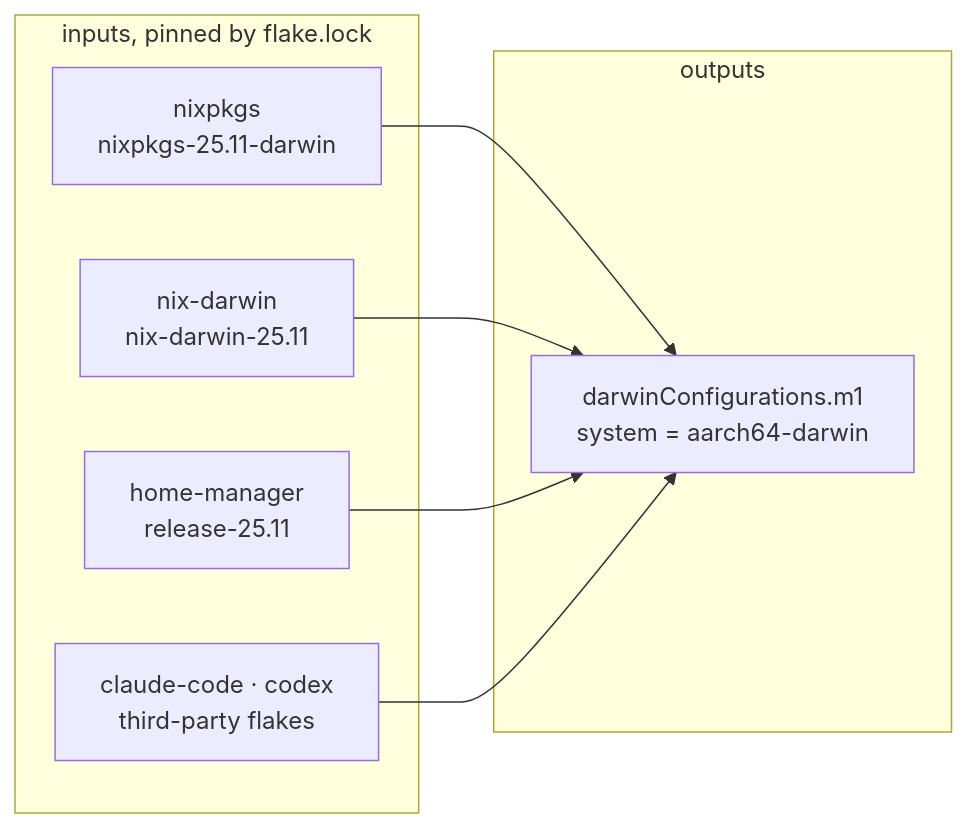
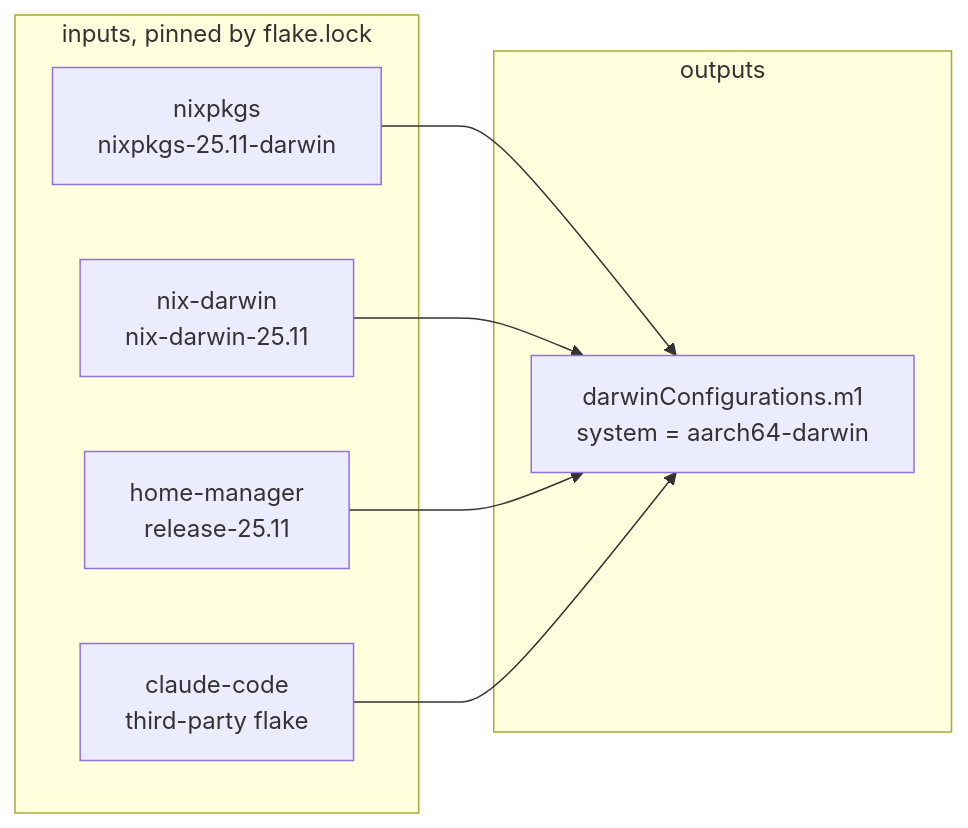
The third of 4 diagrams in docs/nix-primer.md (jarkenau/nix-config), drawn with Mermaid before and after one commit. The commit also changed other lines of this file and 3 other files, not shown here.

````diff
--- a/docs/nix-primer.md
+++ b/docs/nix-primer.md
@@ -182,16 +182,16 @@
 ```mermaid
 flowchart LR
   subgraph inp["inputs, pinned by flake.lock"]
     n["nixpkgs<br/>nixpkgs-25.11-darwin"]
     d["nix-darwin<br/>nix-darwin-25.11"]
     h["home-manager<br/>release-25.11"]
-    cc["claude-code · codex<br/>third-party flakes"]
+    cc["claude-code<br/>third-party flake"]
   end
   subgraph outp["outputs"]
     m["darwinConfigurations.m1<br/>system = aarch64-darwin"]
   end
   n --> m
   d --> m
   h --> m
   cc --> m
 ```
````
